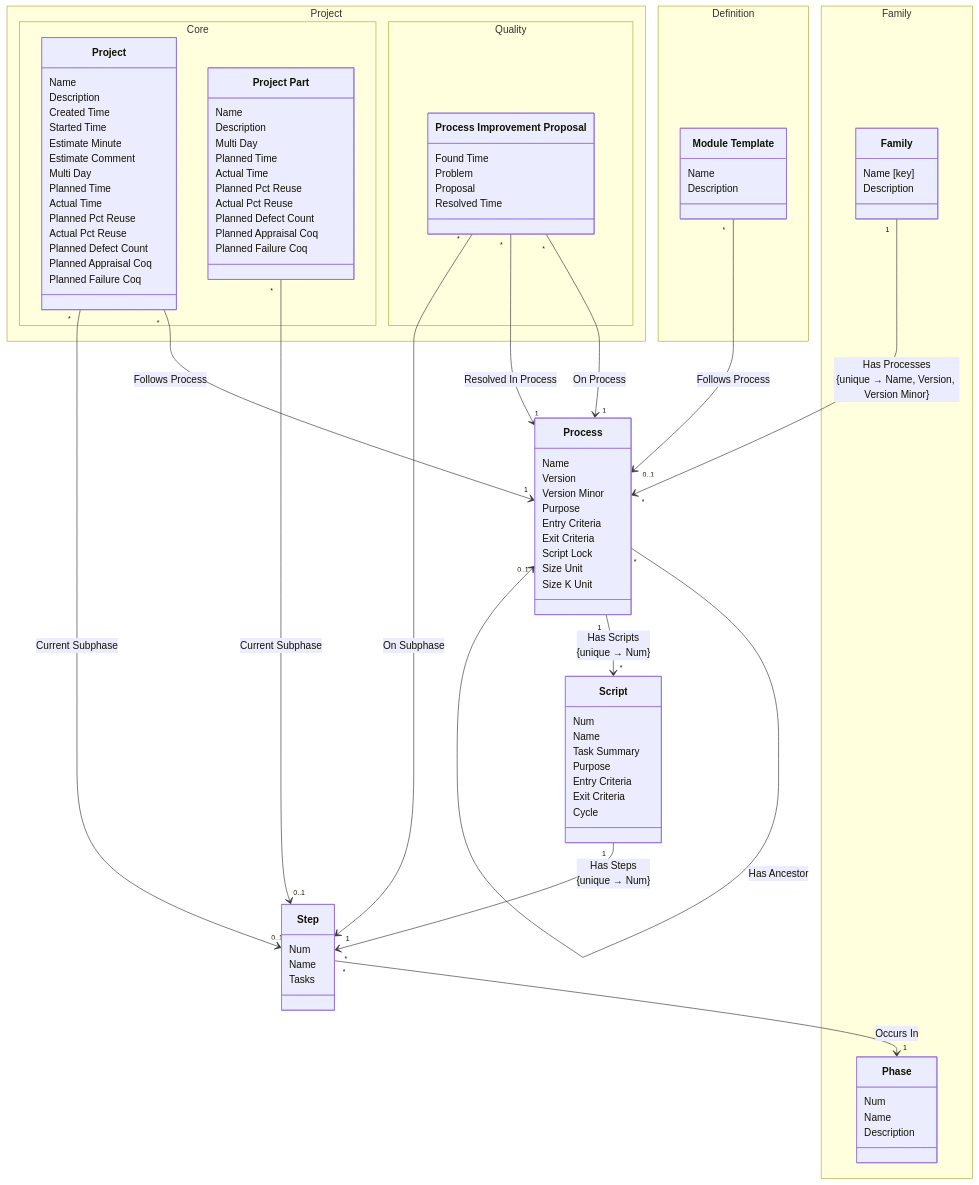
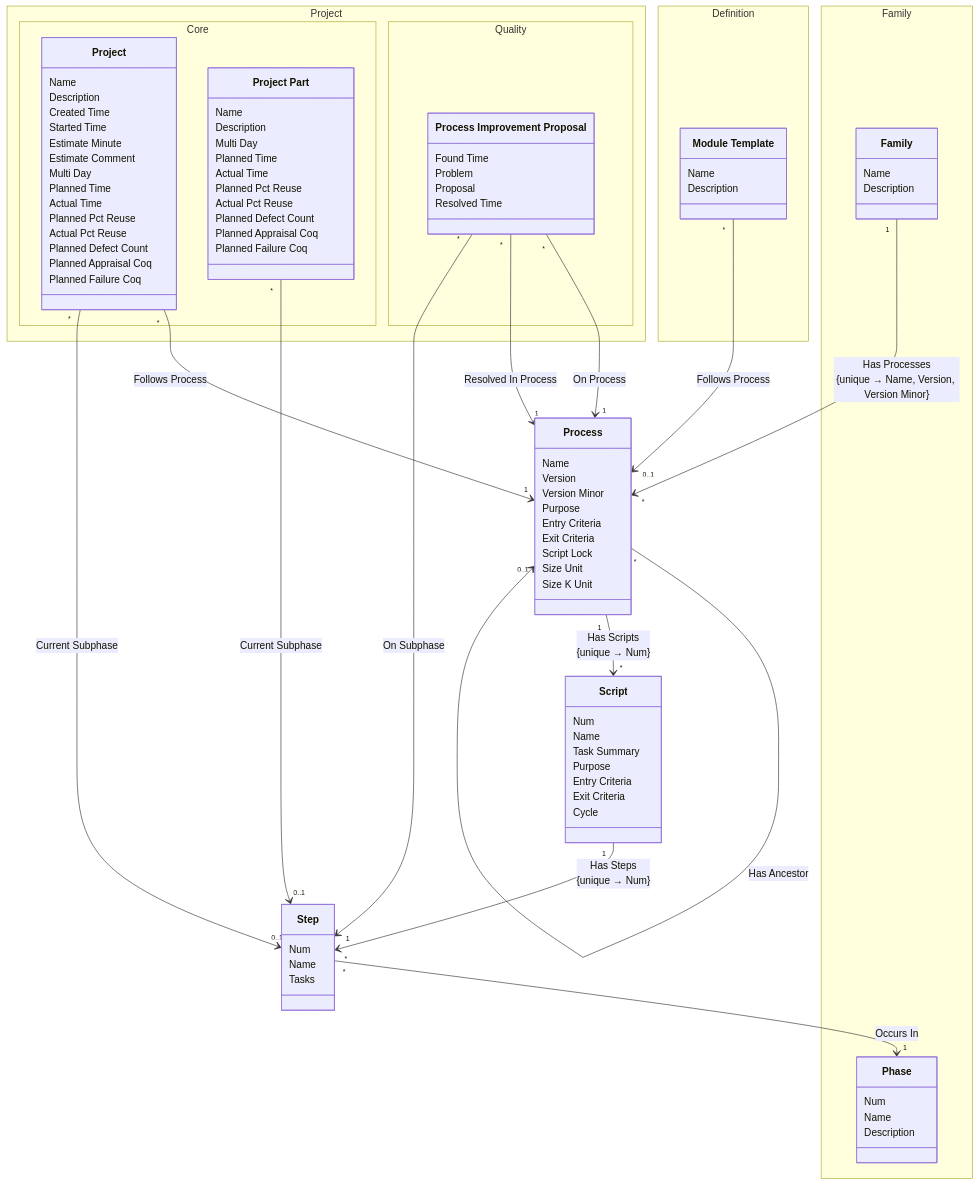
The diagram in examples/requirements/req/output/development/subdomain-domain.process.subdomain.process.md (glemzurg/glemzurg), drawn with Mermaid before and after one commit. The commit also changed other lines of this file and 79 other files, not shown here.

```diff
--- a/examples/requirements/req/output/development/subdomain-domain.process.subdomain.process.md
+++ b/examples/requirements/req/output/development/subdomain-domain.process.subdomain.process.md
@@ -48,7 +48,7 @@
 }
 namespace Family {
 class class_domain_process_subdomain_family_class_family["Family"] {
-            Name [key]
+            Name
             Description
         }
 class class_domain_process_subdomain_family_class_phase["Phase"] {
```
